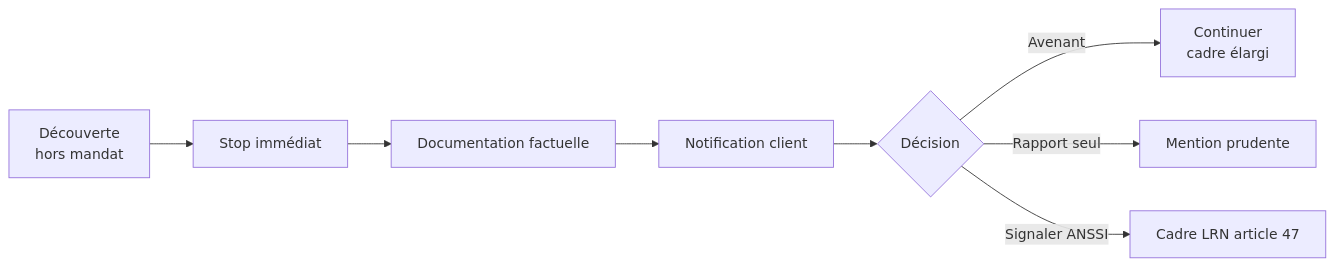
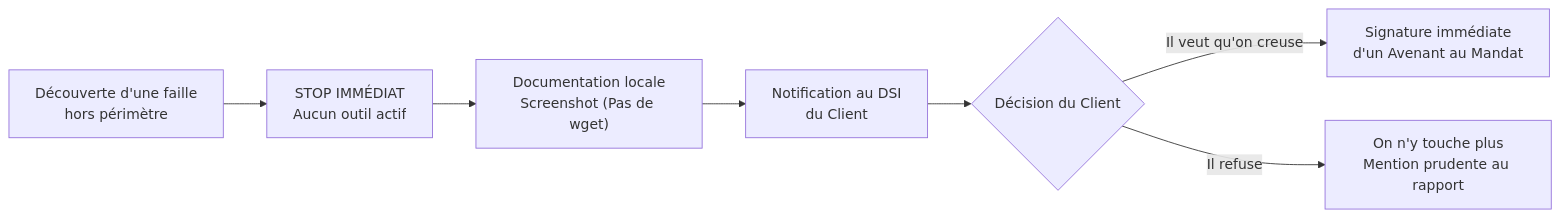
The third of 3 diagrams in docs/cursus-forensic/01-cycle-0-fondations/module-1-legislation/16-synthese-carnet-juridique.md (zyrass/omnydocs), drawn with Mermaid before and after one commit. The commit also changed other lines of this file and 171 other files, not shown here.

````diff
--- a/docs/cursus-forensic/01-cycle-0-fondations/module-1-legislation/16-synthese-carnet-juridique.md
+++ b/docs/cursus-forensic/01-cycle-0-fondations/module-1-legislation/16-synthese-carnet-juridique.md
@@ -188,10 +156,9 @@
 ```mermaid
 flowchart LR
-    A[Découverte<br>hors mandat] --> B[Stop immédiat]
-    B --> C[Documentation factuelle]
-    C --> D[Notification client]
-    D --> E{Décision}
-    E -->|Avenant| F[Continuer<br>cadre élargi]
-    E -->|Rapport seul| G[Mention prudente]
-    E -->|Signaler ANSSI| H[Cadre LRN article 47]
+    A["Découverte d'une faille<br>hors périmètre"] --> B["STOP IMMÉDIAT<br>Aucun outil actif"]
+    B --> C["Documentation locale<br>Screenshot (Pas de wget)"]
+    C --> D["Notification au DSI<br>du Client"]
+    D --> E{"Décision du Client"}
+    E -->|"Il veut qu'on creuse"| F["Signature immédiate<br>d'un Avenant au Mandat"]
+    E -->|"Il refuse"| G["On n'y touche plus<br>Mention prudente au rapport"]
 ```
````
